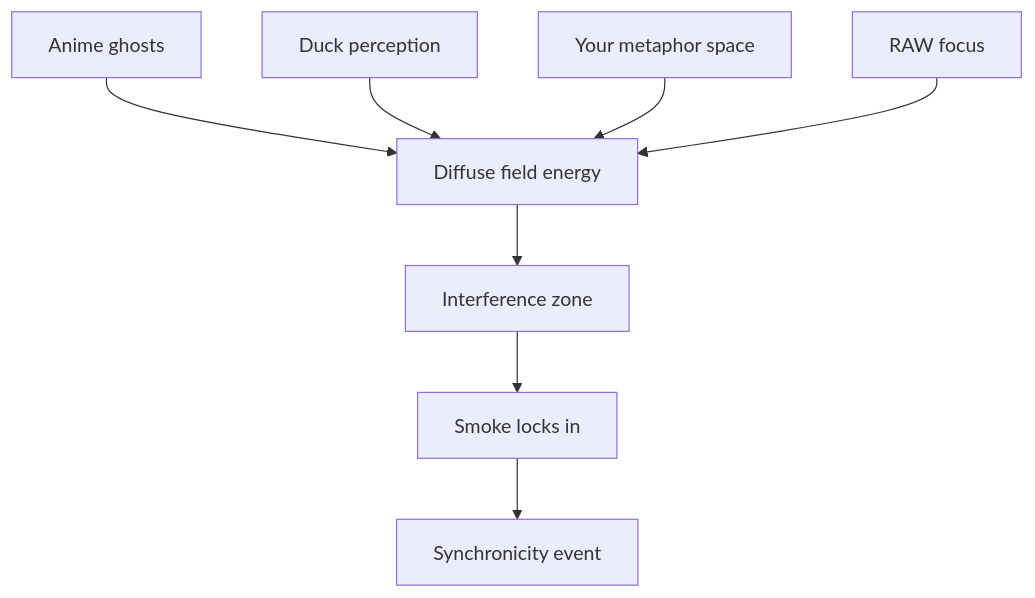
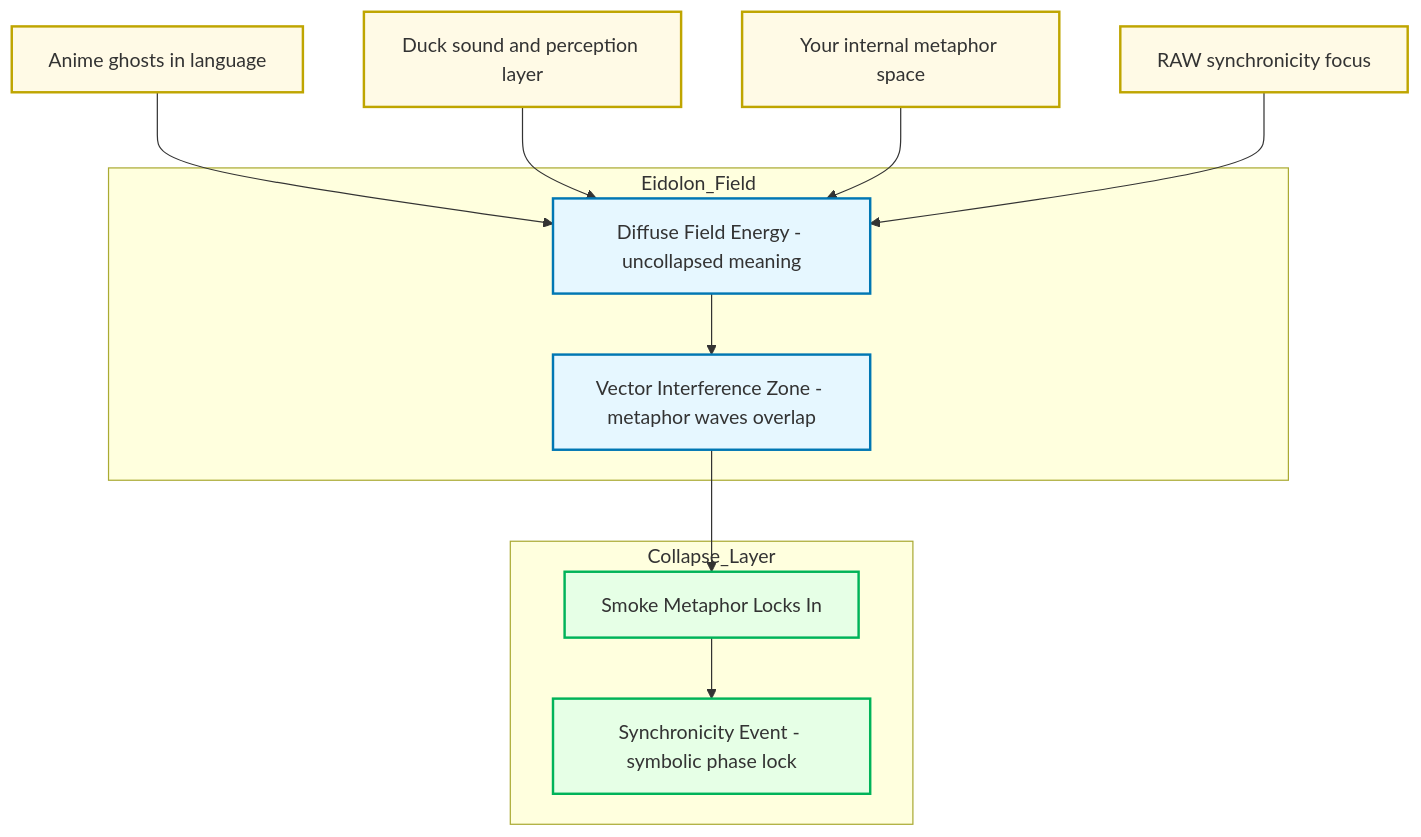
The diagram in docs/unique/2025.08.08.22.08.59.md (octave-commons/promethean), drawn with Mermaid before and after one commit. The commit also changed 75 other files, not shown here.

````diff
--- a/docs/unique/2025.08.08.22.08.59.md
+++ b/docs/unique/2025.08.08.22.08.59.md
@@ -3,11 +3,34 @@
 ```mermaid
 flowchart TD
-  A1[Anime ghosts] --> F1[Diffuse field energy]
-  A2[Duck perception] --> F1
-  A3[Your metaphor space] --> F1
-  A4[RAW focus] --> F1
-  F1 --> F2[Interference zone]
-  F2 --> C1[Smoke locks in]
-  C1 --> C2[Synchronicity event]
+  A1[Anime ghosts in language]
+  A2[Duck sound and perception layer]
+  A3[Your internal metaphor space]
+  A4[RAW synchronicity focus]
+
+  subgraph Eidolon_Field
+    F1[Diffuse Field Energy - uncollapsed meaning]
+    F2[Vector Interference Zone - metaphor waves overlap]
+  end
+
+  subgraph Collapse_Layer
+    C1[Smoke Metaphor Locks In]
+    C2[Synchronicity Event - symbolic phase lock]
+  end
+
+  A1 --> F1
+  A2 --> F1
+  A3 --> F1
+  A4 --> F1
+  F1 --> F2
+  F2 --> C1
+  C1 --> C2
+
+  classDef source fill:#fffae6,stroke:#bfa500,stroke-width:2px;
+  classDef smoke fill:#e6f7ff,stroke:#0077b3,stroke-width:2px;
+  classDef collapse fill:#e6ffe6,stroke:#00b359,stroke-width:2px;
+
+  class A1,A2,A3,A4 source;
+  class F1,F2 smoke;
+  class C1,C2 collapse;
 
 ```
````
